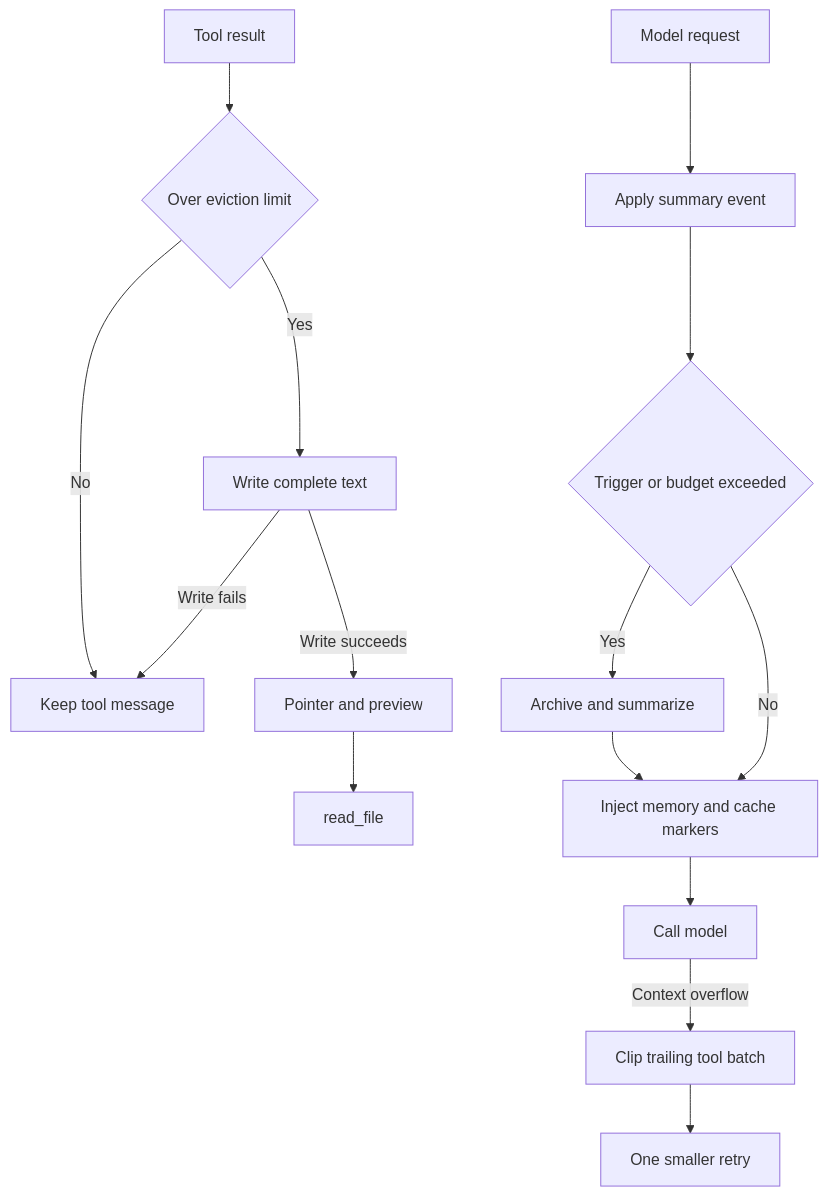
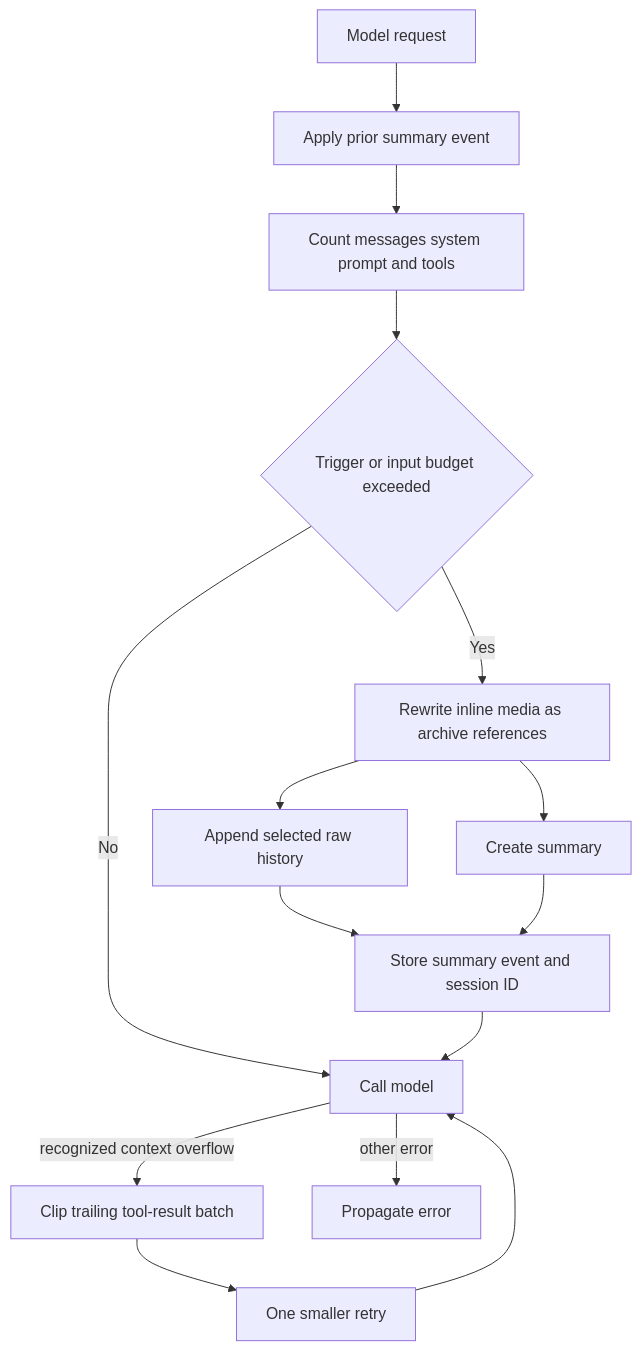
The diagram in openwiki/concepts/context-management.md (langchain-ai/deepagents), drawn with Mermaid before and after one commit. The commit also changed other lines of this file and 30 other files, not shown here.

````diff
--- a/openwiki/concepts/context-management.md
+++ b/openwiki/concepts/context-management.md
@@ -57,17 +42,17 @@
 ```mermaid
 flowchart TD
-    Result["Tool result"] --> ResultLimit{"Over eviction limit"}
-    ResultLimit -->|No| KeepResult["Keep tool message"]
-    ResultLimit -->|Yes| StoreResult["Write complete text"]
-    StoreResult -->|Write fails| KeepResult
-    StoreResult -->|Write succeeds| ResultStub["Pointer and preview"]
-    Request["Model request"] --> Effective["Apply summary event"]
-    Effective --> Budget{"Trigger or budget exceeded"}
-    Budget -->|Yes| Compact["Archive and summarize"]
-    Budget -->|No| Memory["Inject memory and cache markers"]
-    Compact --> Memory
-    Memory --> Model["Call model"]
-    Model -->|Context overflow| Clip["Clip trailing tool batch"]
-    Clip --> Retry["One smaller retry"]
-    ResultStub --> Recover["read_file"]
+    Request["Model request"] --> Effective["Apply prior summary event"]
+    Effective --> Count["Count messages system prompt and tools"]
+    Count --> Trigger{"Trigger or input budget exceeded"}
+    Trigger -->|No| Invoke["Call model"]
+    Trigger -->|Yes| Media["Rewrite inline media as archive references"]
+    Media --> Archive["Append selected raw history"]
+    Media --> Summary["Create summary"]
+    Archive --> Event["Store summary event and session ID"]
+    Summary --> Event
+    Event --> Invoke
+    Invoke -->|"recognized context overflow"| Recover["Clip trailing tool-result batch"]
+    Recover --> Retry["One smaller retry"]
+    Retry --> Invoke
+    Invoke -->|"other error"| Error["Propagate error"]
 ```
````
